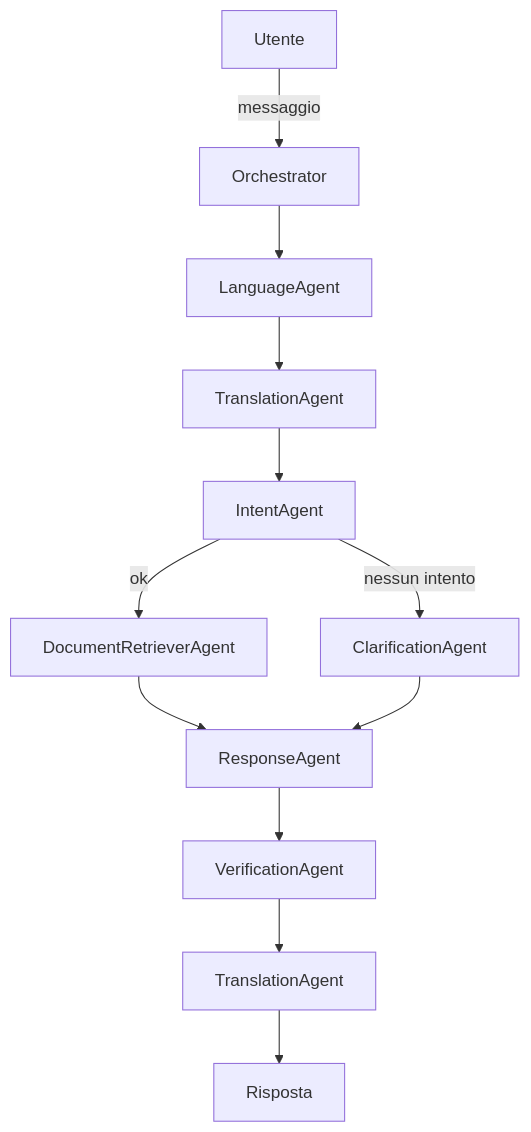
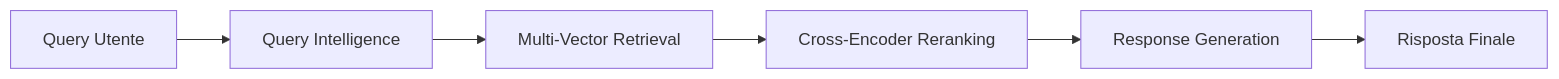
The diagram in README.md (nicconuti/Kchat), drawn with Mermaid before and after one commit. The commit also changed other lines of this file and 380 other files, not shown here.

````diff
--- a/README.md
+++ b/README.md
@@ -50,14 +178,8 @@
 ```mermaid
-graph TD
-    A[Utente] -->|messaggio| B[Orchestrator]
-    B --> C[LanguageAgent]
-    C --> D[TranslationAgent]
-    D --> E[IntentAgent]
-    E -->|ok| F[DocumentRetrieverAgent]
-    E -->|nessun intento| G[ClarificationAgent]
-    F --> H[ResponseAgent]
-    G --> H
-    H --> I[VerificationAgent]
-    I --> J[TranslationAgent]
-    J --> K[Risposta]
+graph LR
+    A[Query Utente] --> B[Query Intelligence]
+    B --> C[Multi-Vector Retrieval]
+    C --> D[Cross-Encoder Reranking]
+    D --> E[Response Generation]
+    E --> F[Risposta Finale]
 ```
````
